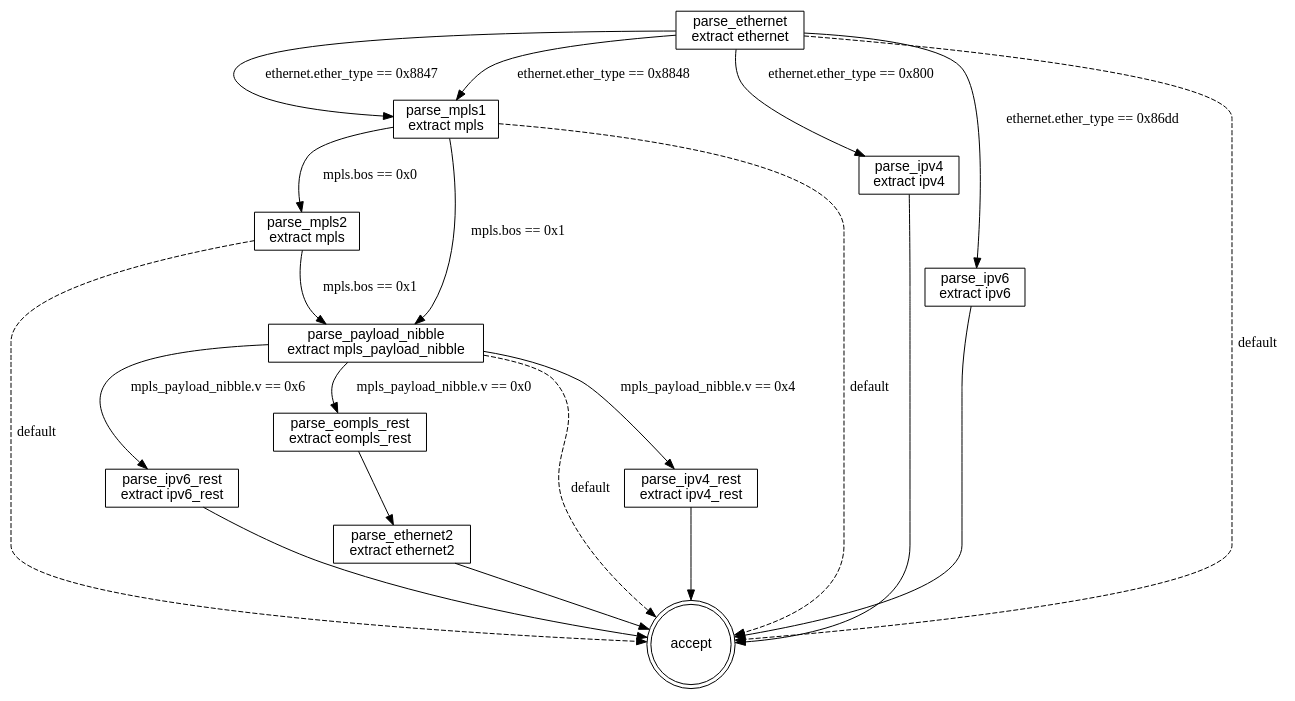
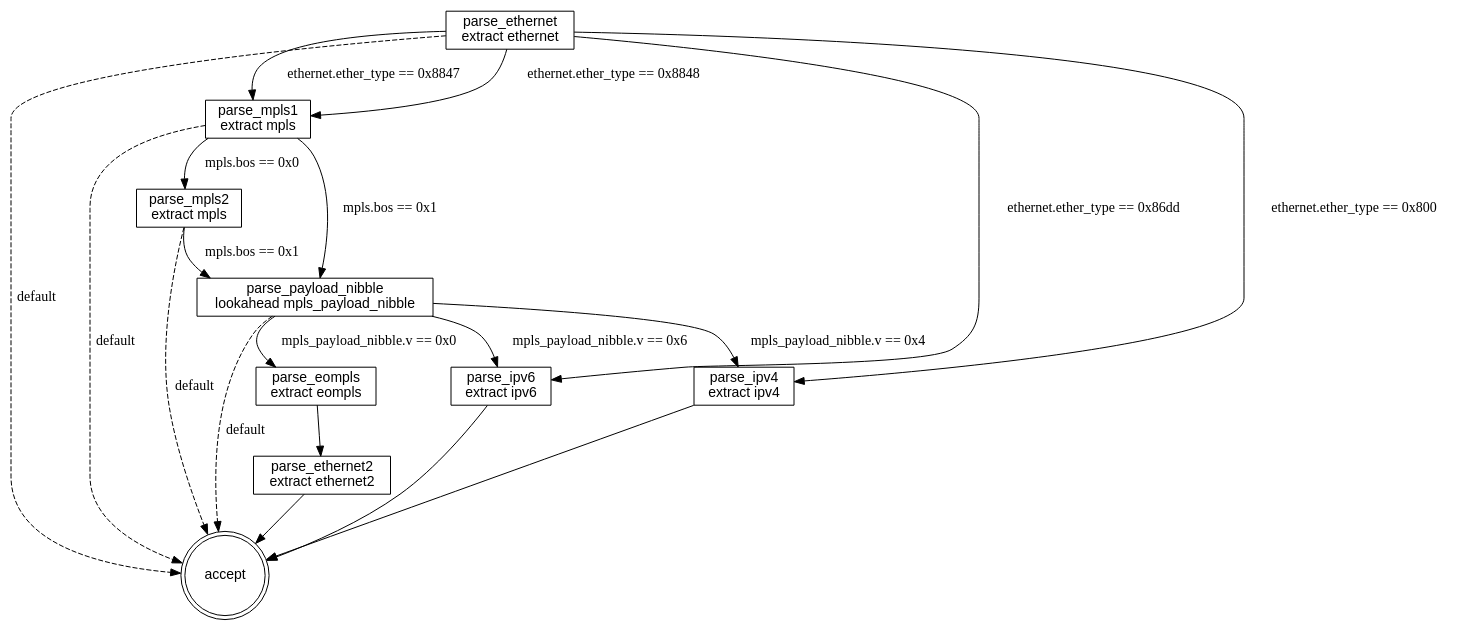
One commit to qobilidop/pakeles changed the diagram in benchmarks/academic/gibb_edge/gen/graph.dot. Above: the diagram before and after it, drawn with Graphviz. The commit also changed 44 other files, not shown here.

```diff
--- a/benchmarks/academic/gibb_edge/gen/graph.dot
+++ b/benchmarks/academic/gibb_edge/gen/graph.dot
@@ -1,35 +1,31 @@
 digraph "gibb_edge" {
   rankdir=TB;
   node [fontname="Helvetica"];
   "parse_ethernet" [shape=box, label="parse_ethernet\nextract ethernet"];
   "parse_mpls1" [shape=box, label="parse_mpls1\nextract mpls", tooltip="First of the two bounded MPLS labels (`max = 2` in the\nsource). The source's `map(bos, next-header)` peeks a 4-bit\npseudo-field from the NEXT header; transcribed by dispatching\non `bos` alone - bos=0 continues the stack with nothing else\nconsumed, bos=1 hands off to the nibble state.", href="#"];
   "parse_mpls2" [shape=box, label="parse_mpls2\nextract mpls", tooltip="Second MPLS label; a third (bos=0) falls to the default -\nbeyond the graph's bound is simply not a recognized\nsequence.", href="#"];
-  "parse_payload_nibble" [shape=box, label="parse_payload_nibble\nextract mpls_payload_nibble", tooltip="One shared state for both MPLS depths: extract the first\nnibble of the payload, then continue with the matching\n`*Rest` header (b10000/b10100/b10110 in the source's map).", href="#"];
+  "parse_payload_nibble" [shape=box, label="parse_payload_nibble\nlookahead mpls_payload_nibble", tooltip="One shared state for both MPLS depths: peek the payload's\nfirst nibble, then continue with the matching full header\n(b10000/b10100/b10110 in the source's map).", href="#"];
   "parse_ipv4" [shape=box, label="parse_ipv4\nextract ipv4"];
-  "parse_ipv4_rest" [shape=box, label="parse_ipv4_rest\nextract ipv4_rest"];
   "parse_ipv6" [shape=box, label="parse_ipv6\nextract ipv6"];
-  "parse_ipv6_rest" [shape=box, label="parse_ipv6_rest\nextract ipv6_rest"];
-  "parse_eompls_rest" [shape=box, label="parse_eompls_rest\nextract eompls_rest"];
+  "parse_eompls" [shape=box, label="parse_eompls\nextract eompls"];
   "parse_ethernet2" [shape=box, label="parse_ethernet2\nextract ethernet2", tooltip="The source's `ethernet2`: the inner (pseudo-wire) Ethernet\nheader, terminal. Same layout as `Ethernet` - reused as a\nsecond instance.", href="#"];
   "accept" [shape=doublecircle];
   "parse_ethernet" -> "parse_mpls1" [label="ethernet.ether_type == 0x8847"];
   "parse_ethernet" -> "parse_mpls1" [label="ethernet.ether_type == 0x8848"];
   "parse_ethernet" -> "parse_ipv4" [label="ethernet.ether_type == 0x800"];
   "parse_ethernet" -> "parse_ipv6" [label="ethernet.ether_type == 0x86dd"];
   "parse_ethernet" -> "accept" [label="default", style=dashed];
   "parse_mpls1" -> "parse_mpls2" [label="mpls.bos == 0x0"];
   "parse_mpls1" -> "parse_payload_nibble" [label="mpls.bos == 0x1"];
   "parse_mpls1" -> "accept" [label="default", style=dashed];
   "parse_mpls2" -> "parse_payload_nibble" [label="mpls.bos == 0x1"];
   "parse_mpls2" -> "accept" [label="default", style=dashed];
-  "parse_payload_nibble" -> "parse_eompls_rest" [label="mpls_payload_nibble.v == 0x0"];
-  "parse_payload_nibble" -> "parse_ipv4_rest" [label="mpls_payload_nibble.v == 0x4"];
-  "parse_payload_nibble" -> "parse_ipv6_rest" [label="mpls_payload_nibble.v == 0x6"];
+  "parse_payload_nibble" -> "parse_eompls" [label="mpls_payload_nibble.v == 0x0"];
+  "parse_payload_nibble" -> "parse_ipv4" [label="mpls_payload_nibble.v == 0x4"];
+  "parse_payload_nibble" -> "parse_ipv6" [label="mpls_payload_nibble.v == 0x6"];
   "parse_payload_nibble" -> "accept" [label="default", style=dashed];
   "parse_ipv4" -> "accept";
-  "parse_ipv4_rest" -> "accept";
   "parse_ipv6" -> "accept";
-  "parse_ipv6_rest" -> "accept";
-  "parse_eompls_rest" -> "parse_ethernet2";
+  "parse_eompls" -> "parse_ethernet2";
   "parse_ethernet2" -> "accept";
 }
```
